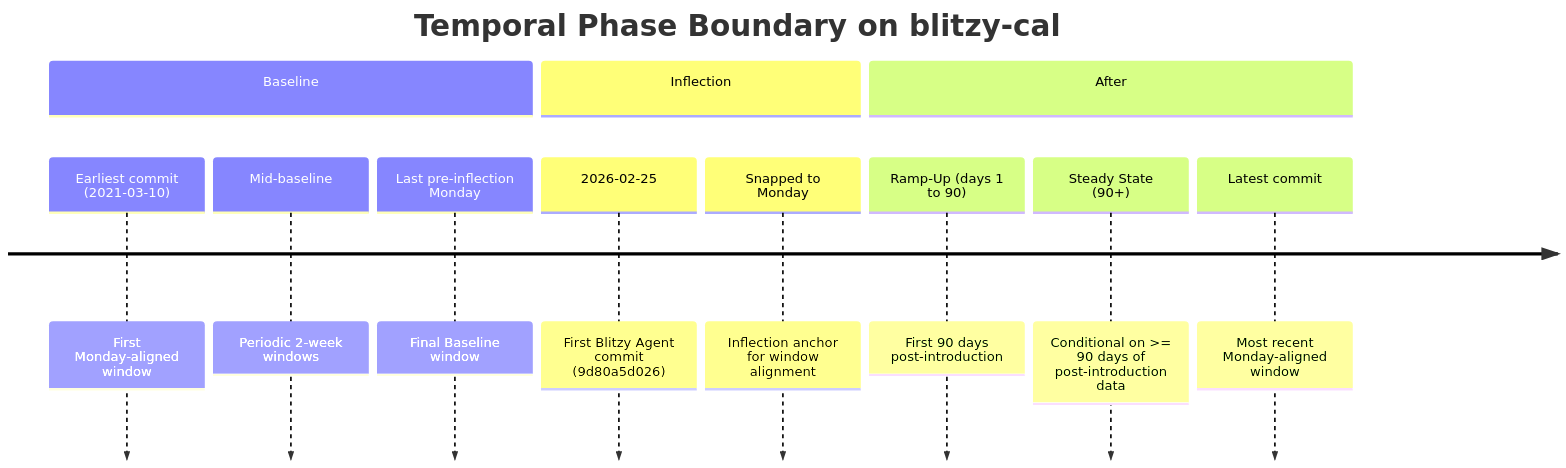
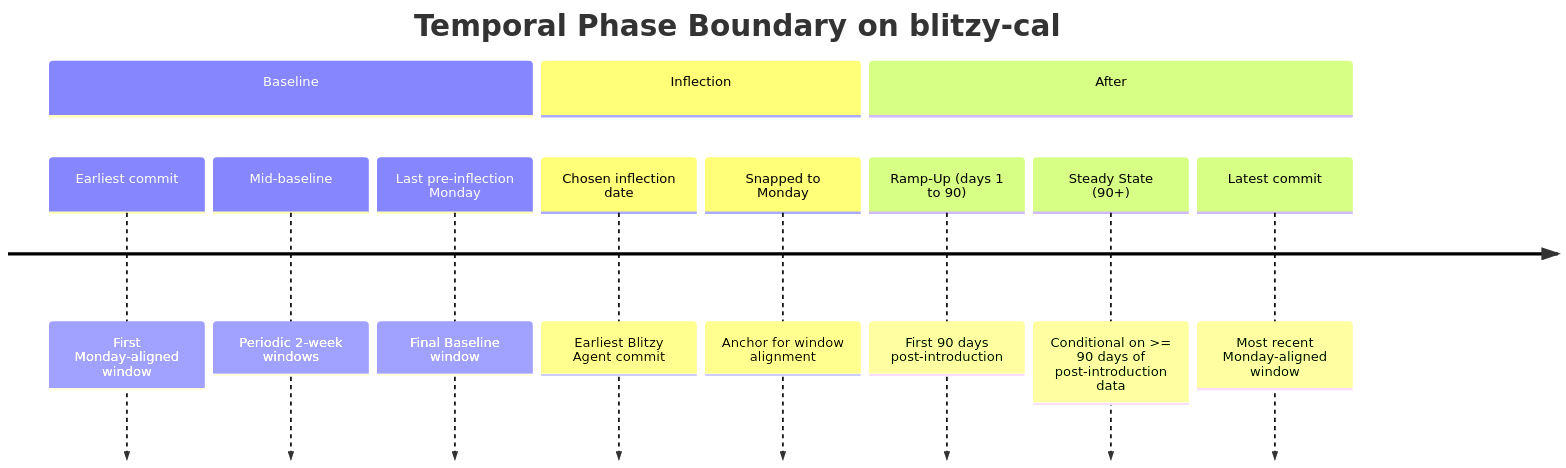
One commit to Blitzy-Sandbox/blitzy-cal changed the second of 16 diagrams in blitzy/reports/acceleration/acceleration-report.md. Above: the diagram before and after it, drawn with Mermaid. The commit also changed other lines of this file and 8 other files, not shown here.

````diff
--- a/blitzy/reports/acceleration/acceleration-report.md
+++ b/blitzy/reports/acceleration/acceleration-report.md
@@ -190,16 +165,16 @@
 ```mermaid
 timeline
   title Temporal Phase Boundary on blitzy-cal
   section Baseline
-    Earliest commit (2021-03-10) : First Monday-aligned window
+    Earliest commit : First Monday-aligned window
     Mid-baseline : Periodic 2-week windows
     Last pre-inflection Monday : Final Baseline window
   section Inflection
-    2026-02-25 : First Blitzy Agent commit (9d80a5d026)
-    Snapped to Monday : Inflection anchor for window alignment
+    Chosen inflection date : Earliest Blitzy Agent commit
+    Snapped to Monday : Anchor for window alignment
   section After
     Ramp-Up (days 1 to 90) : First 90 days post-introduction
     Steady State (90+) : Conditional on >= 90 days of post-introduction data
     Latest commit : Most recent Monday-aligned window
-%% Legend: The Baseline section spans from the earliest commit on the default branch to the last Monday strictly before the inflection date. The Inflection section identifies the chosen date and its Monday-aligned anchor. The After section is split into Ramp-Up (first 90 days) and Steady State (90+ days). The Steady State row is replaced by Post-Introduction if fewer than 90 days of post-introduction data exist at run time.
+%% Legend: Baseline spans from the earliest commit on the default branch to the last Monday strictly before the inflection date. After is split into Ramp-Up (first 90 days) and Steady State (90+ days). Steady State is replaced by Post-Introduction if fewer than 90 days of post-introduction data exist.
 ```
````
